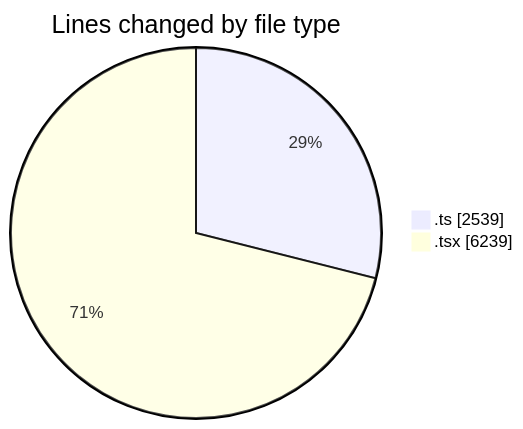
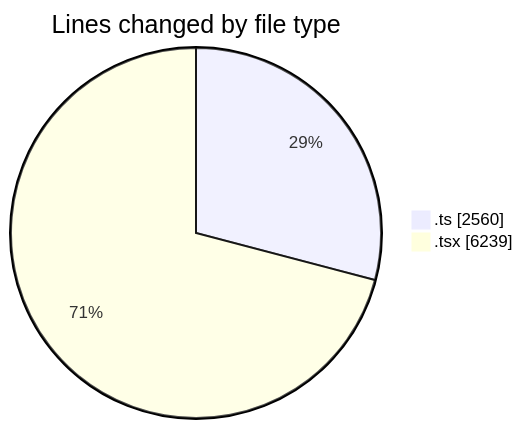
Before and after one commit to momahboobian/code-tracking: the first of 2 diagrams in 2025-07-01/cda/README.md, drawn with Mermaid. The commit also changed other lines of this file and 1 other file, not shown here.

````diff
--- a/2025-07-01/cda/README.md
+++ b/2025-07-01/cda/README.md
@@ -44,6 +44,6 @@
 ```mermaid
 pie showData
 title Lines changed by file type
-".ts" : 2539
+".ts" : 2560
 ".tsx" : 6239
 ```
````
